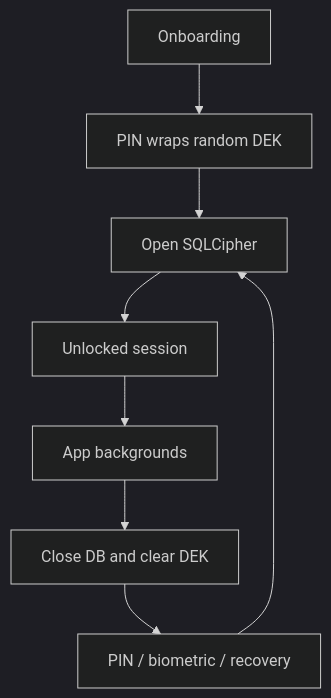
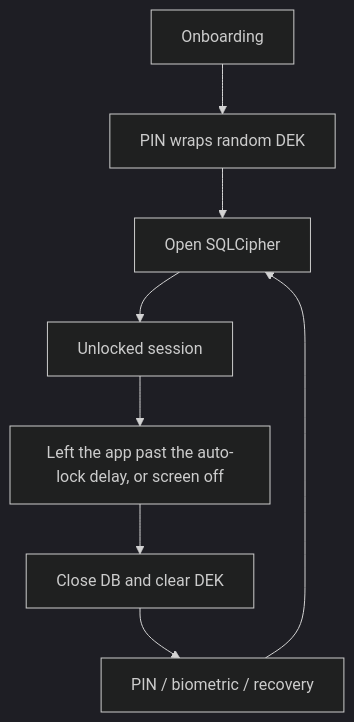
Before and after one commit to pasichDev/Encly: the first of 2 diagrams in docs/architecture.md, drawn with Mermaid (dark theme). The commit also changed other lines of this file and 8 other files, not shown here.

````diff
--- a/docs/architecture.md
+++ b/docs/architecture.md
@@ -24,10 +25,10 @@
 ```mermaid
 flowchart TD
     Setup["Onboarding"] --> Pin["PIN wraps random DEK"]
     Pin --> Open["Open SQLCipher"]
     Open --> Session["Unlocked session"]
-    Session --> Background["App backgrounds"]
+    Session --> Background["Left the app past the auto-lock delay, or screen off"]
     Background --> Lock["Close DB and clear DEK"]
     Lock --> Unlock["PIN / biometric / recovery"]
     Unlock --> Open
 ```
````
